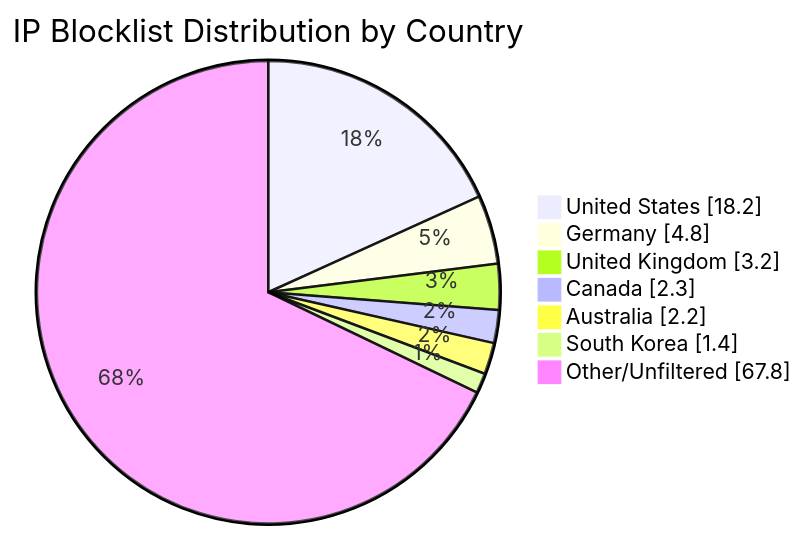
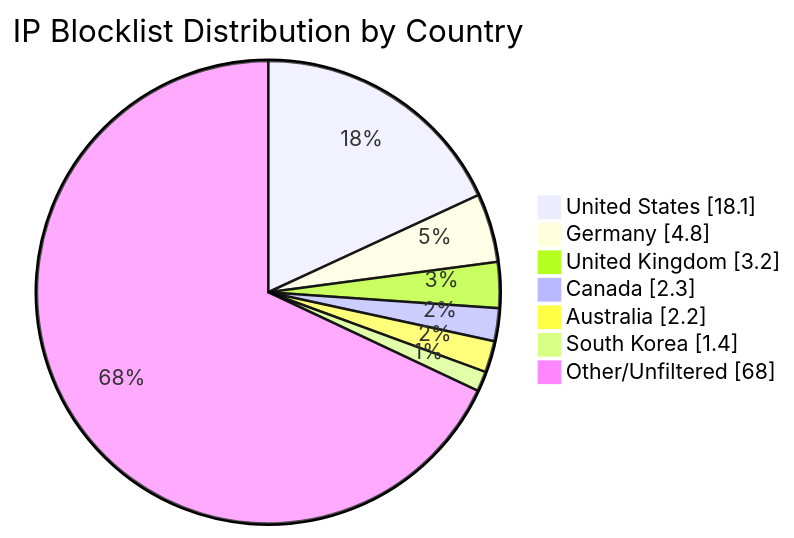
One commit to MarcusHoltz/ipblocklist-geofiltered-aggregator changed the diagram in README.md. Above: the diagram before and after it, drawn with Mermaid. The commit also changed other lines of this file and 9 other files, not shown here.

````diff
--- a/README.md
+++ b/README.md
@@ -34,10 +34,10 @@
 ```mermaid
 pie showData title IP Blocklist Distribution by Country
-"United States" : 18.2
+"United States" : 18.1
 "Germany" : 4.8
 "United Kingdom" : 3.2
 "Canada" : 2.3
 "Australia" : 2.2
 "South Korea" : 1.4
-"Other/Unfiltered" : 67.8
+"Other/Unfiltered" : 68.0
 ```
````
